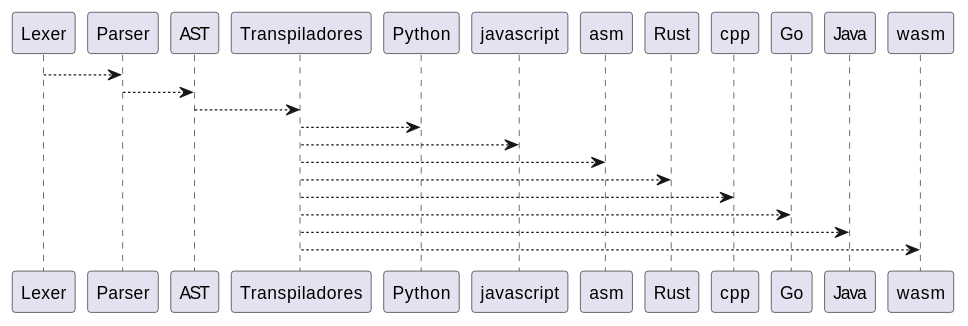
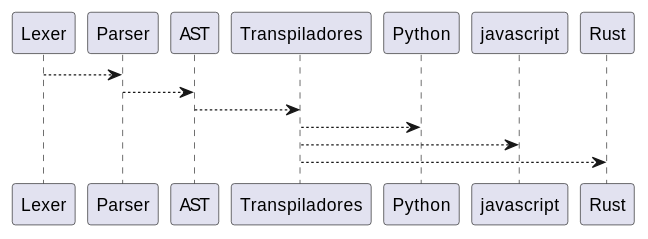
One commit to Alphonsus411/pCobra changed the second of 2 diagrams in docs/estructura_ast.md. Above: the diagram before and after it, drawn with PlantUML. The commit also changed other lines of this file and 10 other files, not shown here.

````diff
--- a/docs/estructura_ast.md
+++ b/docs/estructura_ast.md
@@ -57,15 +57,10 @@
 ```{uml}
 @startuml
 Lexer --> Parser
 Parser --> AST
 AST --> Transpiladores
 Transpiladores --> Python
 Transpiladores --> javascript
-Transpiladores --> asm
 Transpiladores --> Rust
-Transpiladores --> cpp
-Transpiladores --> Go
-Transpiladores --> Java
-Transpiladores --> wasm
 @enduml
 ```
````
